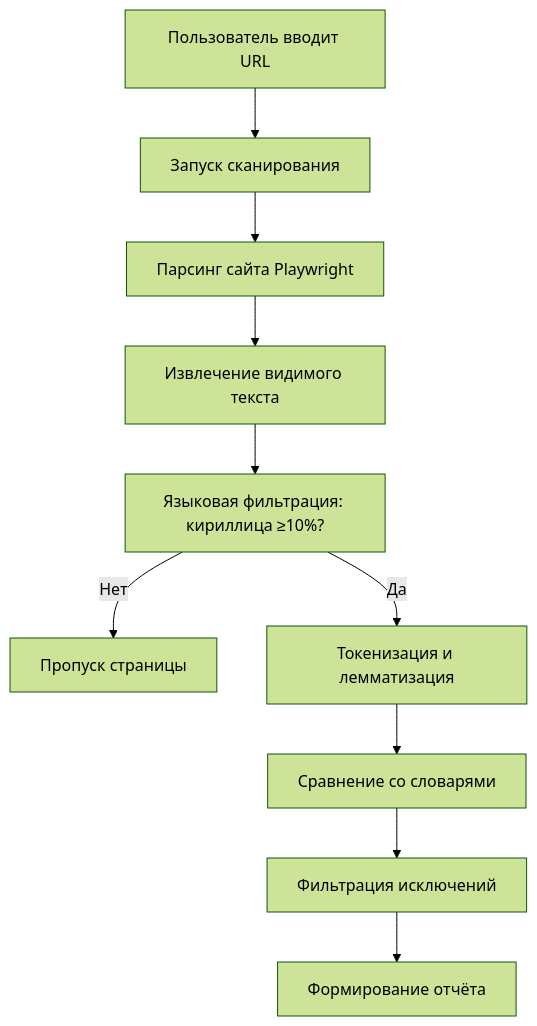
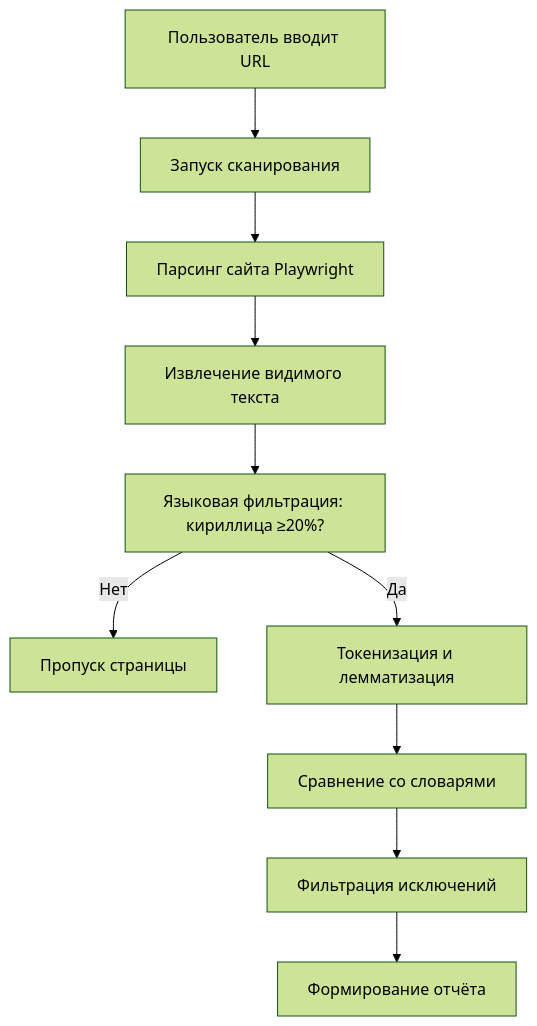
One commit to andreyradin2017-beep/lingua-check-ru changed the first of 2 diagrams in docs/product.md. Above: the diagram before and after it, drawn with Mermaid (forest theme). The commit also changed other lines of this file and 320 other files, not shown here.

````diff
--- a/docs/product.md
+++ b/docs/product.md
@@ -47,12 +47,12 @@
 ```mermaid
 flowchart TD
     A[Пользователь вводит URL] --> B[Запуск сканирования]
     B --> C[Парсинг сайта Playwright]
     C --> D[Извлечение видимого текста]
-    D --> E[Языковая фильтрация: кириллица ≥10%?]
+    D --> E[Языковая фильтрация: кириллица ≥20%?]
     E -->|Нет| F[Пропуск страницы]
     E -->|Да| G[Токенизация и лемматизация]
     G --> H[Сравнение со словарями]
     H --> I[Фильтрация исключений]
     I --> J[Формирование отчёта]
 ```
````
